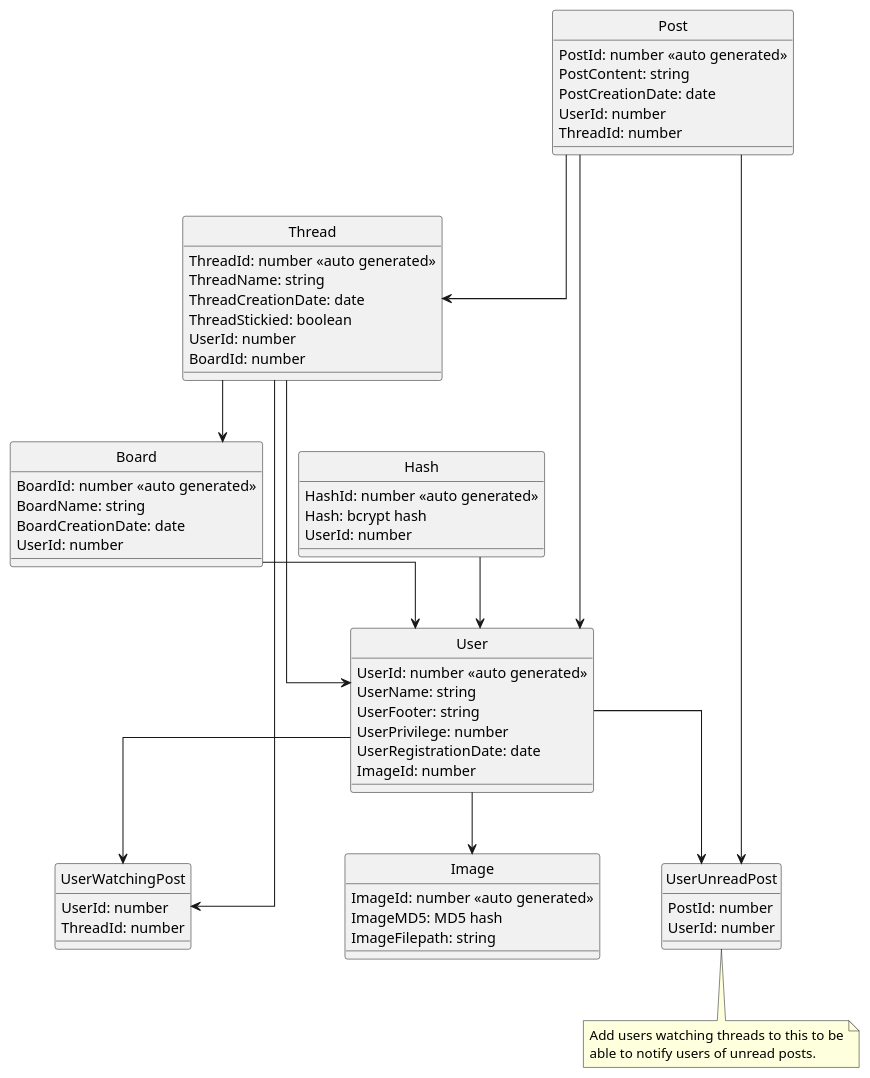
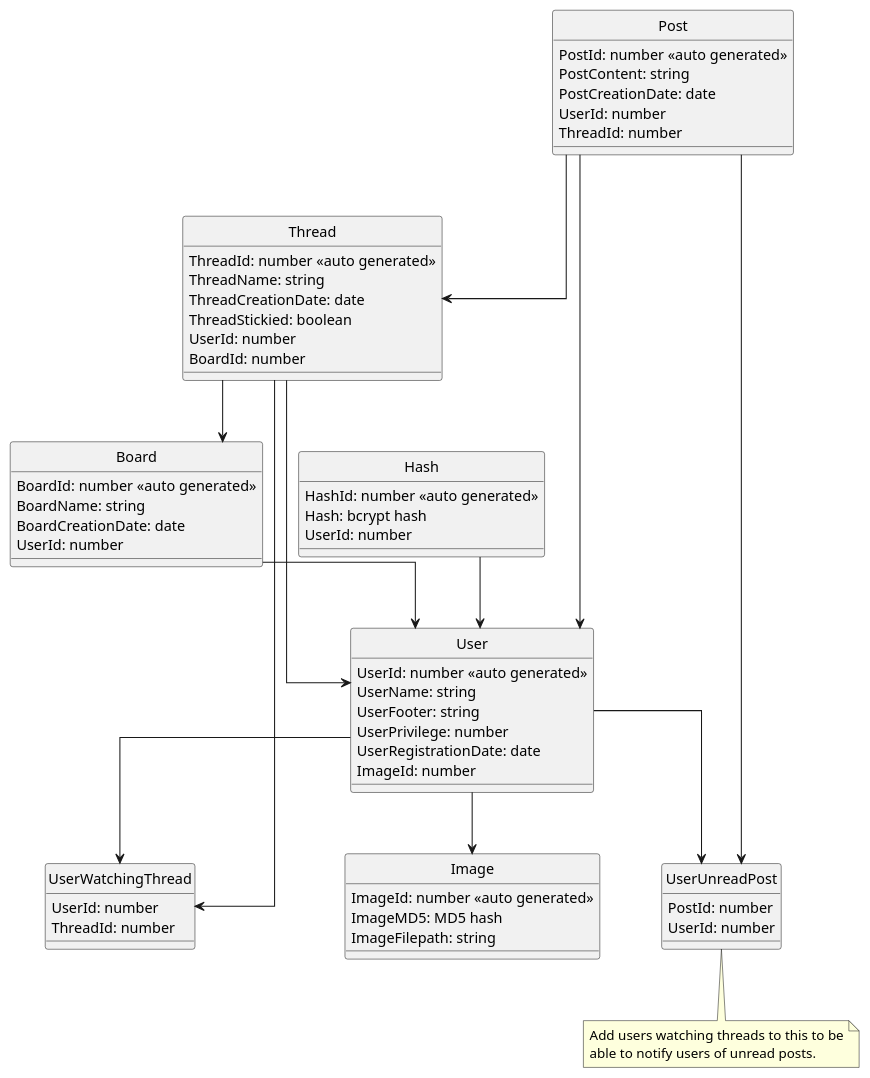
Before and after one commit to depsterr/slutprojektWSP21: the diagram in docs/database.plantuml, drawn with PlantUML.

Commit message:
corrected database

```diff
--- a/docs/database.plantuml
+++ b/docs/database.plantuml
@@ -1,87 +1,87 @@
 @startuml
 ' Detta är en UML fil som definerar mitt ER diagram.
 ' Bilden genereras sedan av programmet plantuml.
 
 hide circle
 skinparam linetype ortho
 ' left to right direction
 
 entity "Image" as image {
 	ImageId: number <<auto generated>>
 	ImageMD5: MD5 hash
 	ImageFilepath: string
 }
 
 entity "User" as user {
 	UserId: number <<auto generated>>
 	UserName: string
 	UserFooter: string
 	UserPrivilege: number
 	UserRegistrationDate: date
 	ImageId: number
 }
 
 user --> image
 
 entity "Hash" as hash {
 	HashId: number <<auto generated>>
 	Hash: bcrypt hash
 	UserId: number
 }
 
 hash --> user
 
 entity "Board" as board {
 	BoardId: number <<auto generated>>
 	BoardName: string
 	BoardCreationDate: date
 	UserId: number
 }
 
 board --> user
 
 entity "Thread" as thread {
 	ThreadId: number <<auto generated>>
 	ThreadName: string
 	ThreadCreationDate: date
 	ThreadStickied: boolean
 	UserId: number
 	BoardId: number
 }
 
 thread --> user
 thread --> board
 
 entity "Post" as post {
 	PostId: number <<auto generated>>
 	PostContent: string
 	PostCreationDate: date
 	UserId: number
 	ThreadId: number
 }
 
 post --> user
 post --> thread
 
-entity "UserWatchingPost" as userwatchingthread {
+entity "UserWatchingThread" as userwatchingthread {
 	UserId: number
 	ThreadId: number
 }
 
 user --> userwatchingthread
 thread --> userwatchingthread
 
 entity "UserUnreadPost" as userunreadpost {
 	PostId: number
 	UserId: number
 }
 
 post --> userunreadpost
 user --> userunreadpost
 
 note bottom
 Add users watching threads to this to be
 able to notify users of unread posts.
 endnote
 
 @enduml
```
